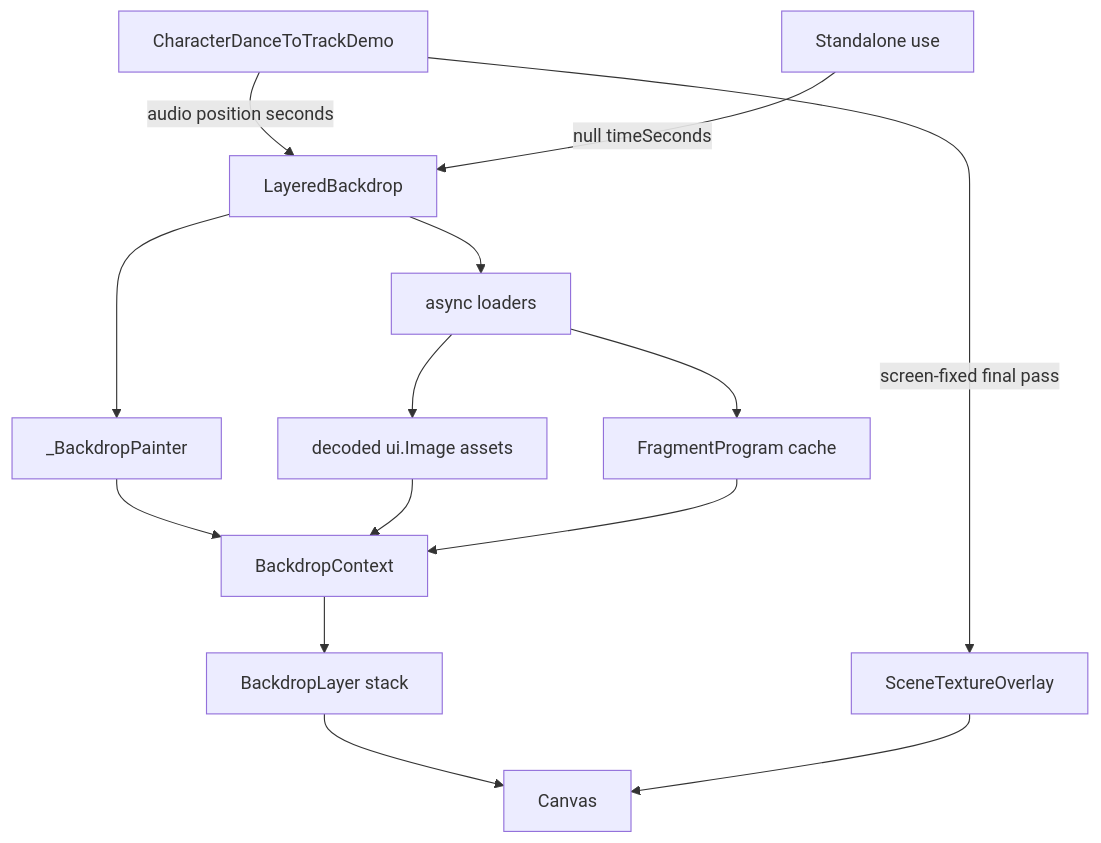
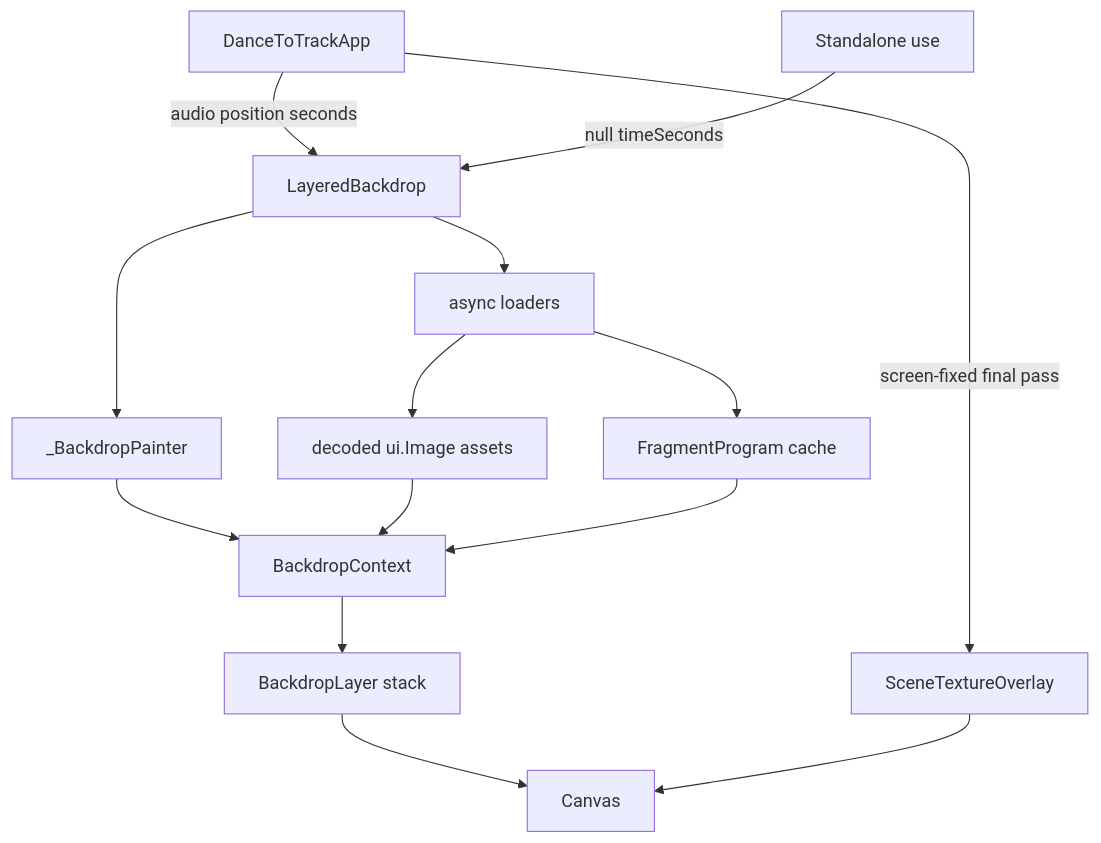
Before and after one commit to matthiasn/dancing_cats: the first of 4 diagrams in lib/features/scenery/README.md, drawn with Mermaid. The commit also changed other lines of this file and 12 other files, not shown here.

````diff
--- a/lib/features/scenery/README.md
+++ b/lib/features/scenery/README.md
@@ -19,16 +20,16 @@
 ```mermaid
 flowchart TD
-  demo[CharacterDanceToTrackDemo] -->|audio position seconds| lb[LayeredBackdrop]
+  demo[DanceToTrackApp] -->|audio position seconds| lb[LayeredBackdrop]
   demo -->|screen-fixed final pass| texture[SceneTextureOverlay]
   self[Standalone use] -->|null timeSeconds| lb
   lb --> loader[async loaders]
   loader --> imgs[decoded ui.Image assets]
   loader --> shaders[FragmentProgram cache]
   lb --> painter[_BackdropPainter]
   painter --> ctx[BackdropContext]
   ctx --> layers[BackdropLayer stack]
   imgs --> ctx
   shaders --> ctx
   layers --> canvas[Canvas]
   texture --> canvas
 ```
````
